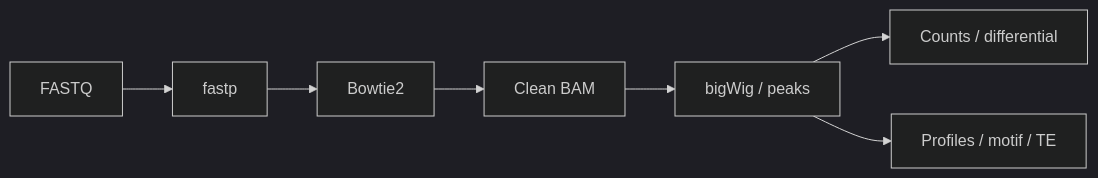
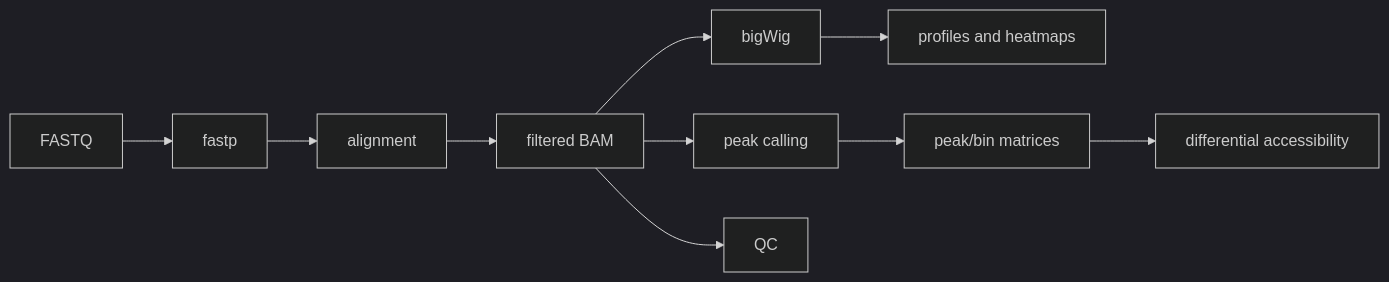
One commit to quii490/Pipelines changed the diagram in docs/content/pipelines/atacseq/index.md. Above: the diagram before and after it, drawn with Mermaid (dark theme). The commit also changed other lines of this file and 95 other files, not shown here.

````diff
--- a/docs/content/pipelines/atacseq/index.md
+++ b/docs/content/pipelines/atacseq/index.md
@@ -11,9 +9,12 @@
 ```mermaid
 flowchart LR
   A[FASTQ] --> B[fastp]
-  B --> C[Bowtie2]
-  C --> D[Clean BAM]
-  D --> E[bigWig / peaks]
-  E --> F[Counts / differential]
-  E --> G[Profiles / motif / TE]
+  B --> C[alignment]
+  C --> D[filtered BAM]
+  D --> E[bigWig]
+  D --> F[peak calling]
+  D --> G[QC]
+  E --> H[profiles and heatmaps]
+  F --> I[peak/bin matrices]
+  I --> J[differential accessibility]
 ```
````
